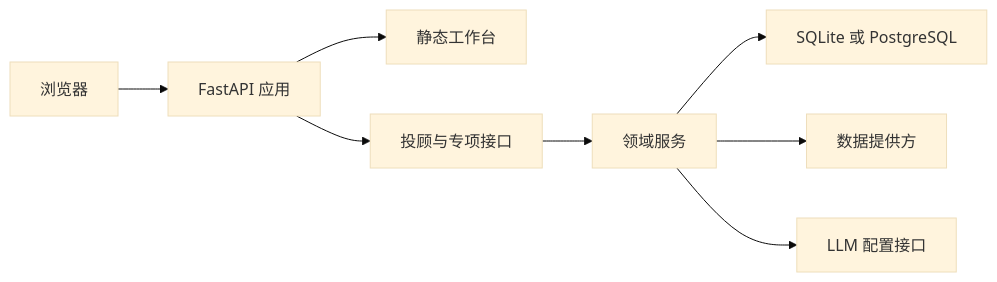
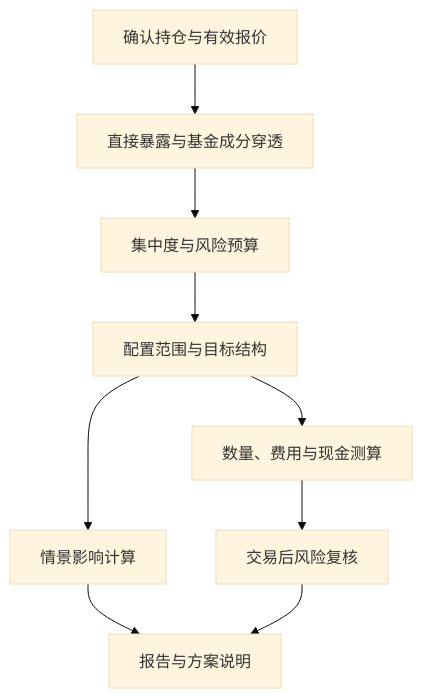
One commit to 1917173927/prism changed the sixth of 7 diagrams in docs/submission/competition-technical-solution.md. Above: the diagram before and after it, drawn with Mermaid (base theme). The commit also changed other lines of this file and 4 other files, not shown here.

````diff
--- a/docs/submission/competition-technical-solution.md
+++ b/docs/submission/competition-technical-solution.md
@@ -760,10 +376,11 @@
 ```mermaid
-flowchart LR
-    A[浏览器] --> B[FastAPI 应用]
-    B --> C[静态工作台]
-    B --> D[投顾与专项接口]
-    D --> E[领域服务]
-    E --> F[SQLite 或 PostgreSQL]
-    E --> G[数据提供方]
-    E --> H[LLM 配置接口]
+flowchart TD
+    A[确认持仓与有效报价] --> B[直接暴露与基金成分穿透]
+    B --> C[集中度与风险预算]
+    C --> D[配置范围与目标结构]
+    D --> E[情景影响计算]
+    D --> F[数量、费用与现金测算]
+    F --> G[交易后风险复核]
+    E --> H[报告与方案说明]
+    G --> H
 ```
````
